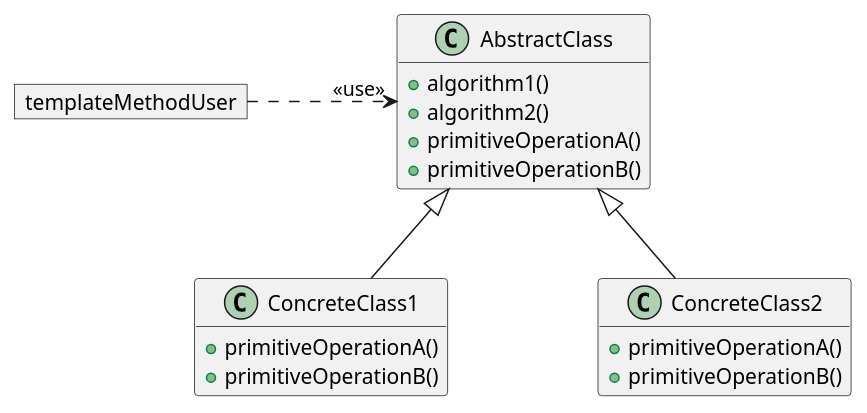
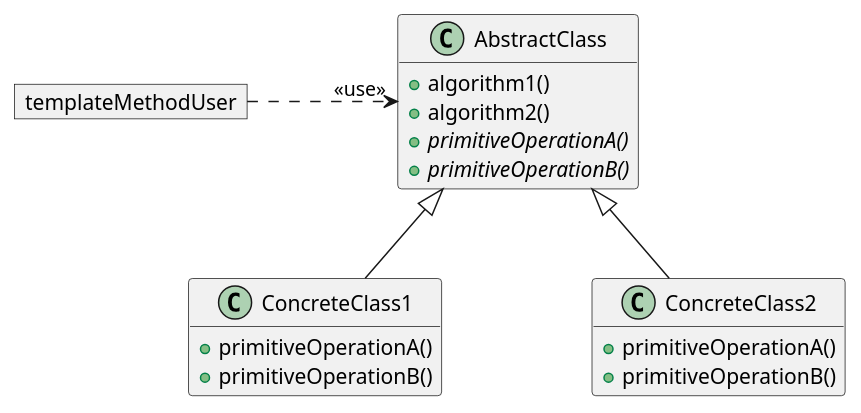
One commit to apache/groovy changed the diagram in src/spec/doc/fragment_design-pattern-template-method.adoc. Above: the diagram before and after it, drawn with PlantUML. The commit also changed other lines of this file and 1 other file, not shown here.

```diff
--- a/src/spec/doc/fragment_design-pattern-template-method.adoc
+++ b/src/spec/doc/fragment_design-pattern-template-method.adoc
@@ -30,23 +31,23 @@
 [plantuml, TemplateMethodClasses, png]
 ....
 skinparam nodesep 100
 class AbstractClass {
     +algorithm1()
     +algorithm2()
-    +primitiveOperationA()
-    +primitiveOperationB()
+    {abstract} +primitiveOperationA()
+    {abstract} +primitiveOperationB()
 }
 class ConcreteClass1 {
     +primitiveOperationA()
     +primitiveOperationB()
 }
 class ConcreteClass2 {
     +primitiveOperationA()
     +primitiveOperationB()
 }
 object templateMethodUser
 hide fields
 templateMethodUser ......r......> "<<use>>" AbstractClass
 AbstractClass <|-- ConcreteClass1
 AbstractClass <|-- ConcreteClass2
 ....
```
